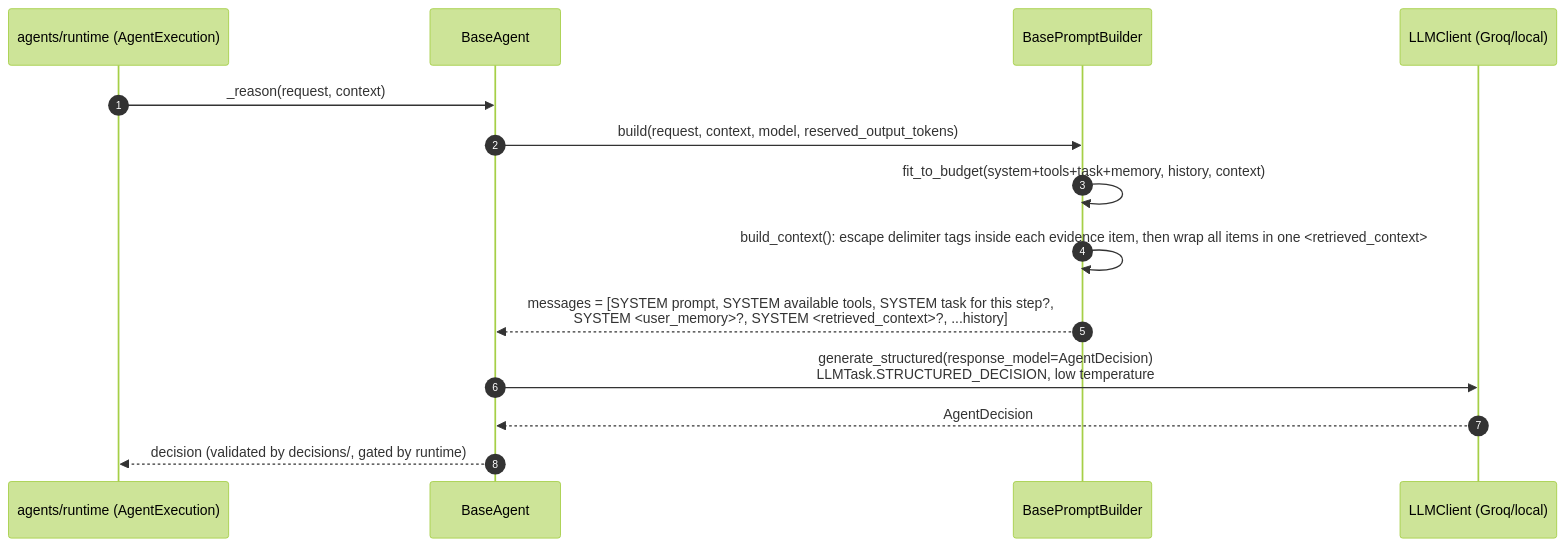
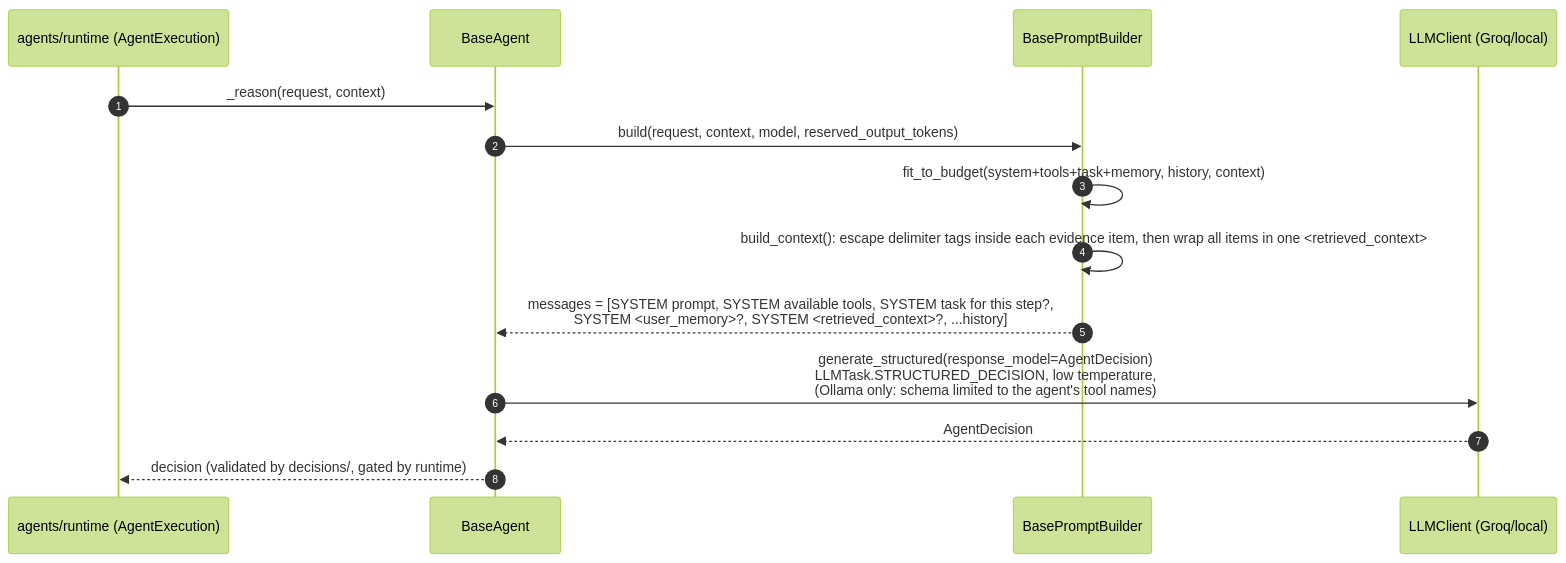
The diagram in server/src/agentic/agents/README.md (bharatkse/juris-ai), drawn with Mermaid (forest theme) before and after one commit. The commit also changed other lines of this file and 47 other files, not shown here.

````diff
--- a/server/src/agentic/agents/README.md
+++ b/server/src/agentic/agents/README.md
@@ -32,17 +32,17 @@
 ```mermaid
 sequenceDiagram
     autonumber
     participant RT as agents/runtime (AgentExecution)
     participant A as BaseAgent
     participant PB as BasePromptBuilder
     participant LLM as LLMClient (Groq/local)
 
     RT->>A: _reason(request, context)
     A->>PB: build(request, context, model, reserved_output_tokens)
     PB->>PB: fit_to_budget(system+tools+task+memory, history, context)
     PB->>PB: build_context(): escape delimiter tags inside each evidence item, then wrap all items in one <retrieved_context>
     PB-->>A: messages = [SYSTEM prompt, SYSTEM available tools, SYSTEM task for this step?,<br/>SYSTEM <user_memory>?, SYSTEM <retrieved_context>?, ...history]
-    A->>LLM: generate_structured(response_model=AgentDecision)<br/>LLMTask.STRUCTURED_DECISION, low temperature
+    A->>LLM: generate_structured(response_model=AgentDecision)<br/>LLMTask.STRUCTURED_DECISION, low temperature,<br/>(Ollama only: schema limited to the agent's tool names)
     LLM-->>A: AgentDecision
     A-->>RT: decision (validated by decisions/, gated by runtime)
 ```
````
